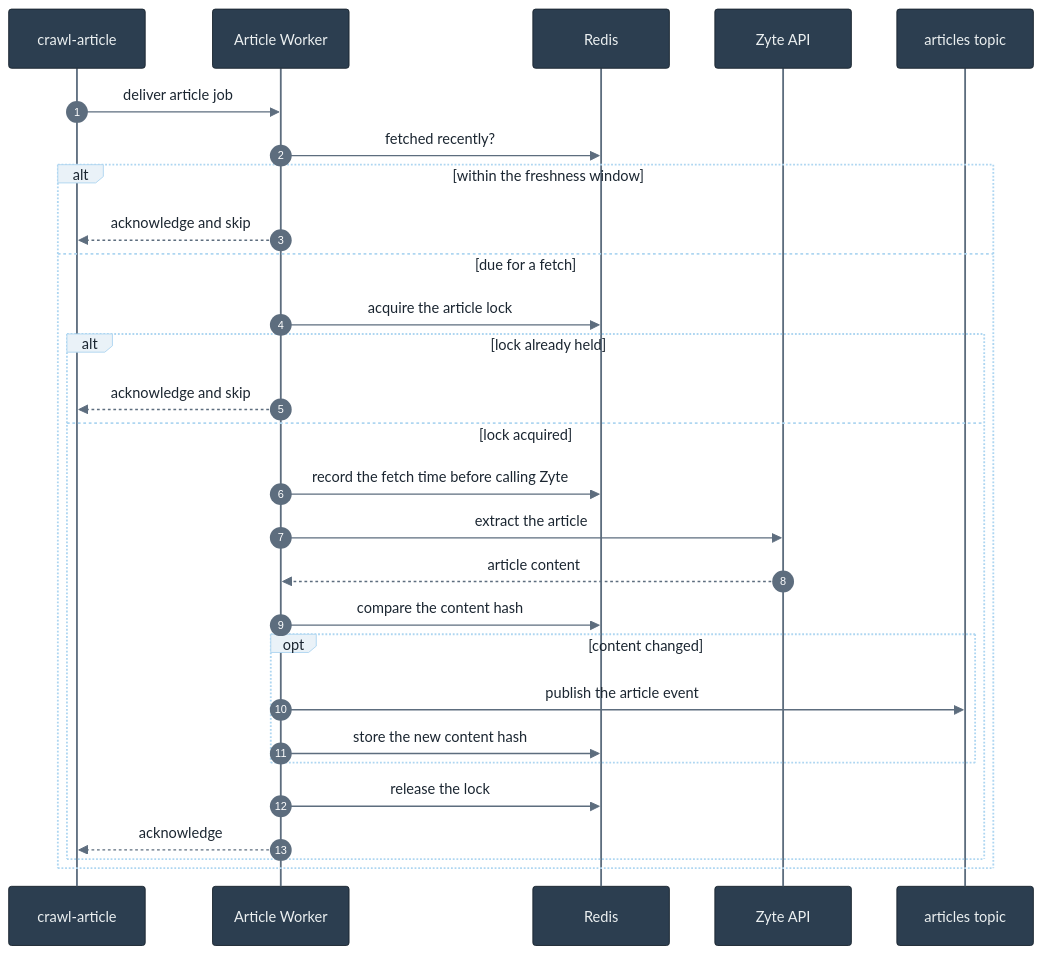
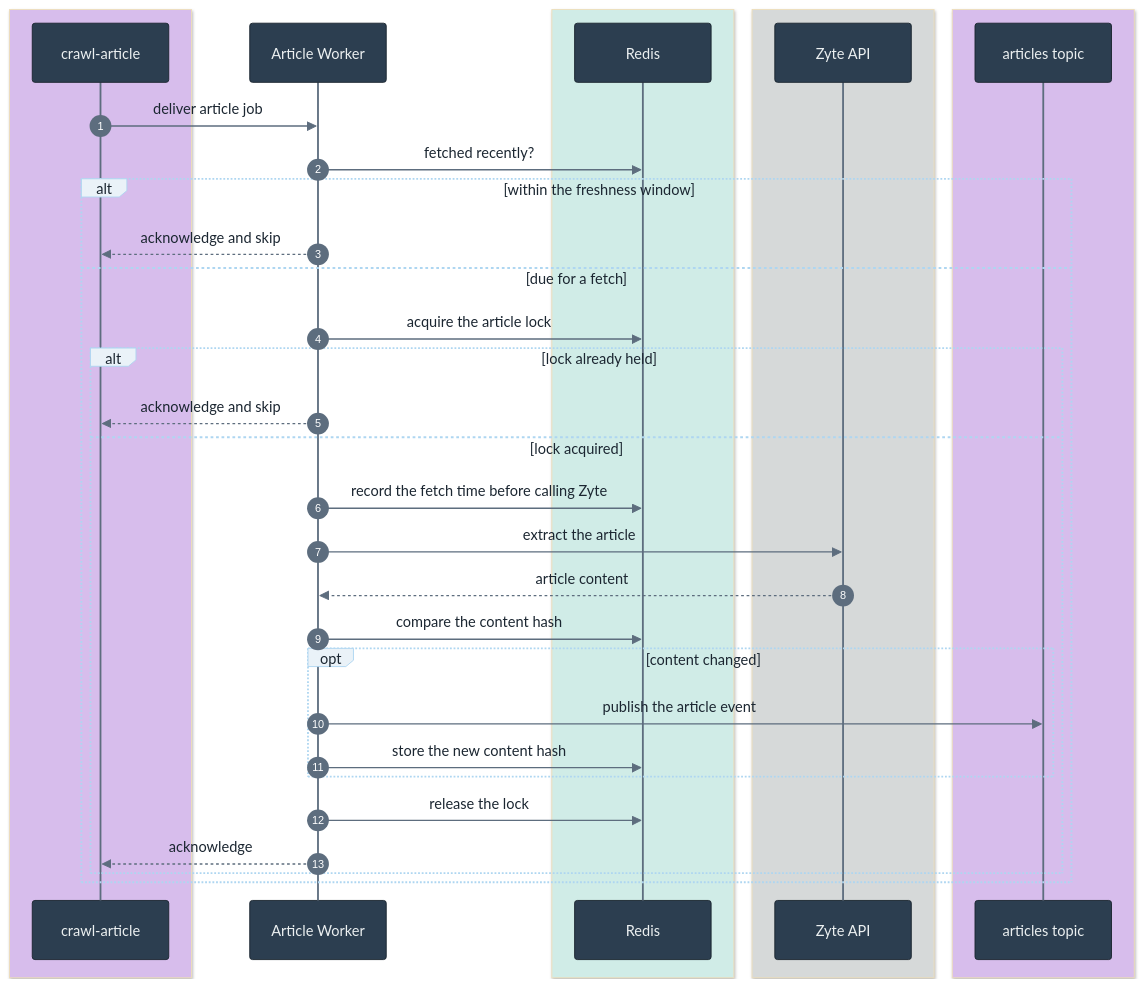
The fourth of 5 diagrams in docs/ARCHITECTURE.md (mozilla/hnt-content), drawn with Mermaid before and after one commit. The commit also changed other lines of this file, not shown here.

Commit message:
docs(HNT-2086): color sequence-diagram lifelines by type to match flowcharts

````diff
--- a/docs/ARCHITECTURE.md
+++ b/docs/ARCHITECTURE.md
@@ -213,32 +225,40 @@
 ```mermaid
 %%{init: {'theme':'base','sequence':{'diagramMarginX':270},'themeVariables':{'actorBkg':'#2c3e50','actorBorder':'#1a252f','actorTextColor':'#ecf0f1','actorLineColor':'#5d6d7e','signalColor':'#5d6d7e','signalTextColor':'#1b2631','labelBoxBkgColor':'#eaf2f8','labelBoxBorderColor':'#aed6f1','labelTextColor':'#1b2631','loopTextColor':'#1b2631','noteBkgColor':'#fdf2e9','noteBorderColor':'#935116','noteTextColor':'#5b3410','sequenceNumberColor':'#ffffff'}}}%%
 sequenceDiagram
     autonumber
+    box rgb(215,189,236)
     participant Q as crawl-article
+    end
     participant W as Article Worker
+    box rgb(208,236,231)
     participant R as Redis
+    end
+    box rgb(214,217,217)
     participant Z as Zyte API
+    end
+    box rgb(215,189,236)
     participant T as articles topic
+    end
 
     Q->>W: deliver article job
     W->>R: fetched recently?
     alt within the freshness window
         W-->>Q: acknowledge and skip
     else due for a fetch
         W->>R: acquire the article lock
         alt lock already held
             W-->>Q: acknowledge and skip
         else lock acquired
             W->>R: record the fetch time before calling Zyte
             W->>Z: extract the article
             Z-->>W: article content
             W->>R: compare the content hash
             opt content changed
                 W->>T: publish the article event
                 W->>R: store the new content hash
             end
             W->>R: release the lock
             W-->>Q: acknowledge
         end
     end
 ```
````
